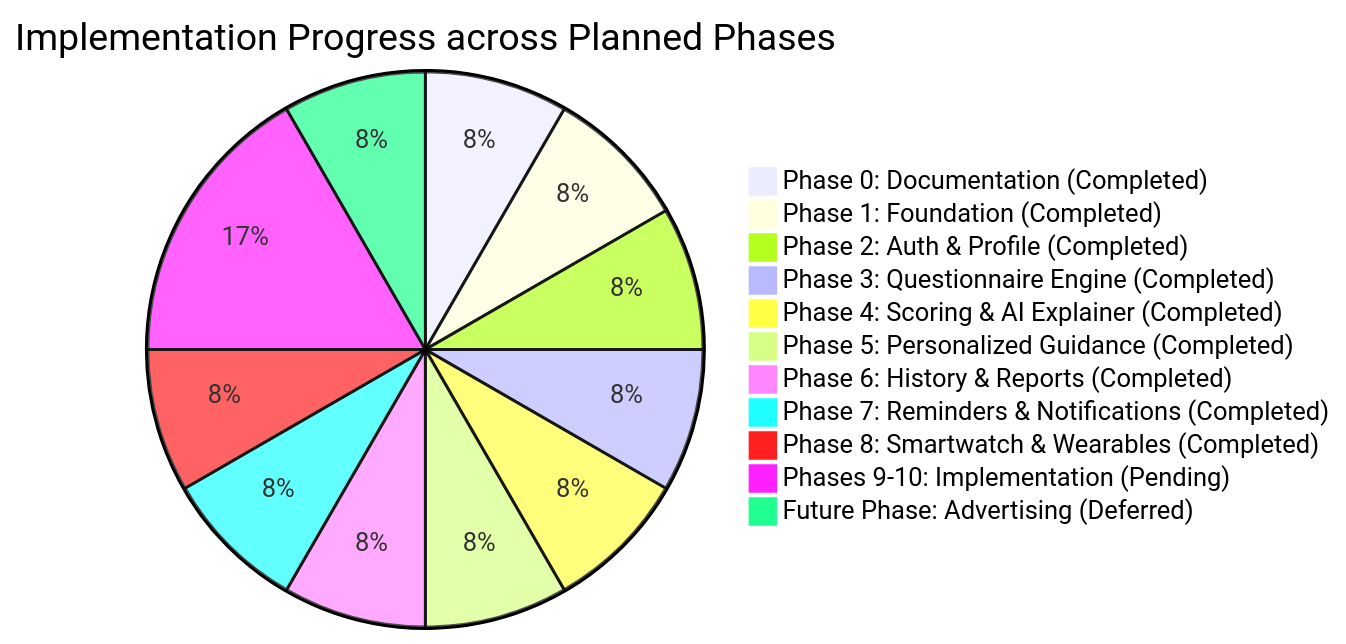
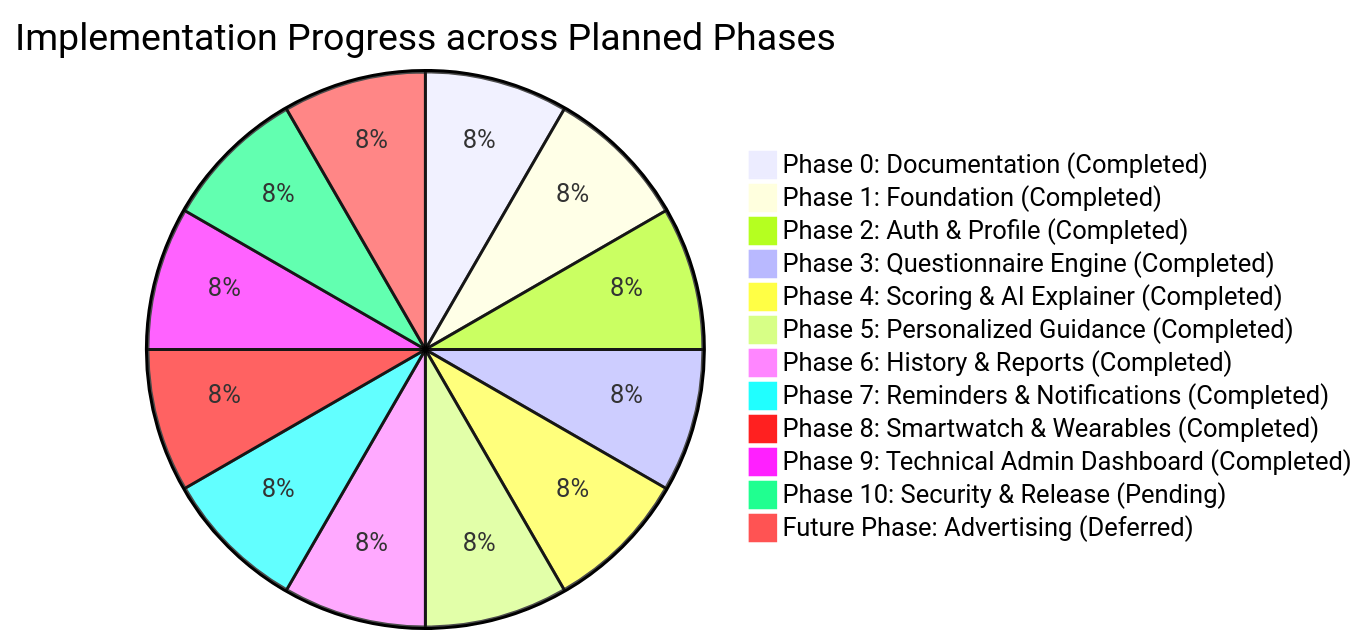
The diagram in docs/AI_PROGRESS.md (SatyamKumar-code/VitaTrack-App), drawn with Mermaid before and after one commit. The commit also changed other lines of this file and 29 other files, not shown here.

````diff
--- a/docs/AI_PROGRESS.md
+++ b/docs/AI_PROGRESS.md
@@ -24,14 +24,15 @@
 ```mermaid
 pie title Implementation Progress across Planned Phases
     "Phase 0: Documentation (Completed)" : 1
     "Phase 1: Foundation (Completed)" : 1
     "Phase 2: Auth & Profile (Completed)" : 1
     "Phase 3: Questionnaire Engine (Completed)" : 1
     "Phase 4: Scoring & AI Explainer (Completed)" : 1
     "Phase 5: Personalized Guidance (Completed)" : 1
     "Phase 6: History & Reports (Completed)" : 1
     "Phase 7: Reminders & Notifications (Completed)" : 1
     "Phase 8: Smartwatch & Wearables (Completed)" : 1
-    "Phases 9-10: Implementation (Pending)" : 2
+    "Phase 9: Technical Admin Dashboard (Completed)" : 1
+    "Phase 10: Security & Release (Pending)" : 1
     "Future Phase: Advertising (Deferred)" : 1
 ```
````
